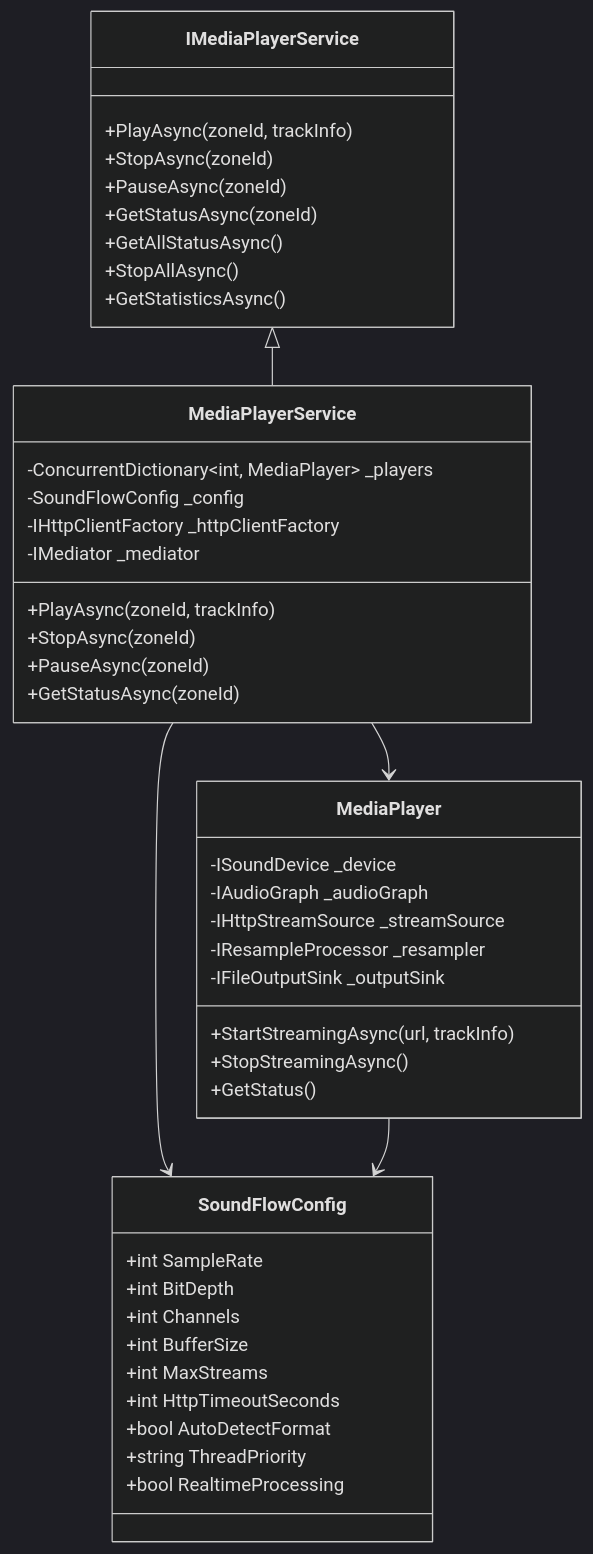
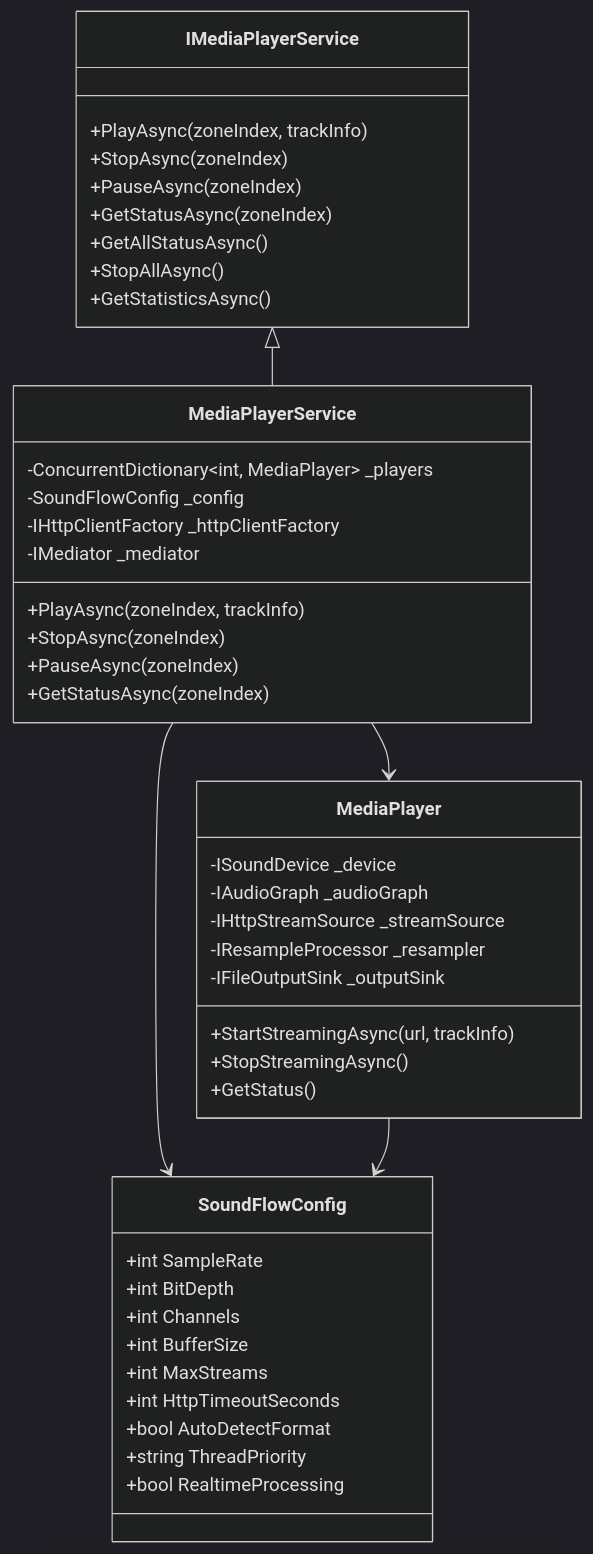
The diagram in docs/implementation/17-soundflow-media-player-implementation.md (metaneutrons/snapdog2), drawn with Mermaid (dark theme) before and after one commit. The commit also changed other lines of this file and 26 other files, not shown here.

````diff
--- a/docs/implementation/17-soundflow-media-player-implementation.md
+++ b/docs/implementation/17-soundflow-media-player-implementation.md
@@ -36,51 +36,51 @@
 ```mermaid
 classDiagram
     class IMediaPlayerService {
-        +PlayAsync(zoneId, trackInfo)
-        +StopAsync(zoneId)
-        +PauseAsync(zoneId)
-        +GetStatusAsync(zoneId)
+        +PlayAsync(zoneIndex, trackInfo)
+        +StopAsync(zoneIndex)
+        +PauseAsync(zoneIndex)
+        +GetStatusAsync(zoneIndex)
         +GetAllStatusAsync()
         +StopAllAsync()
         +GetStatisticsAsync()
     }
 
     class MediaPlayerService {
         -ConcurrentDictionary~int, MediaPlayer~ _players
         -SoundFlowConfig _config
         -IHttpClientFactory _httpClientFactory
         -IMediator _mediator
-        +PlayAsync(zoneId, trackInfo)
-        +StopAsync(zoneId)
-        +PauseAsync(zoneId)
-        +GetStatusAsync(zoneId)
+        +PlayAsync(zoneIndex, trackInfo)
+        +StopAsync(zoneIndex)
+        +PauseAsync(zoneIndex)
+        +GetStatusAsync(zoneIndex)
     }
 
     class MediaPlayer {
         -ISoundDevice _device
         -IAudioGraph _audioGraph
         -IHttpStreamSource _streamSource
         -IResampleProcessor _resampler
         -IFileOutputSink _outputSink
         +StartStreamingAsync(url, trackInfo)
         +StopStreamingAsync()
         +GetStatus()
     }
 
     class SoundFlowConfig {
         +int SampleRate
         +int BitDepth
         +int Channels
         +int BufferSize
         +int MaxStreams
         +int HttpTimeoutSeconds
         +bool AutoDetectFormat
         +string ThreadPriority
         +bool RealtimeProcessing
     }
 
     IMediaPlayerService <|-- MediaPlayerService
     MediaPlayerService --> MediaPlayer
     MediaPlayerService --> SoundFlowConfig
     MediaPlayer --> SoundFlowConfig
 ```
````
